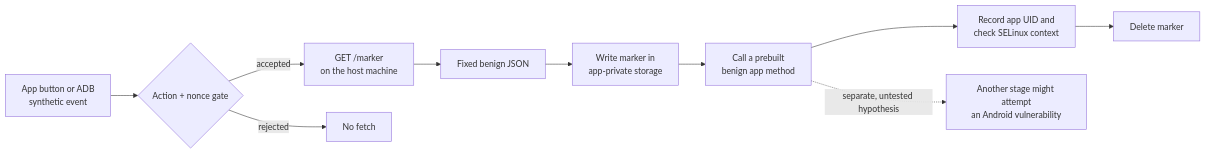
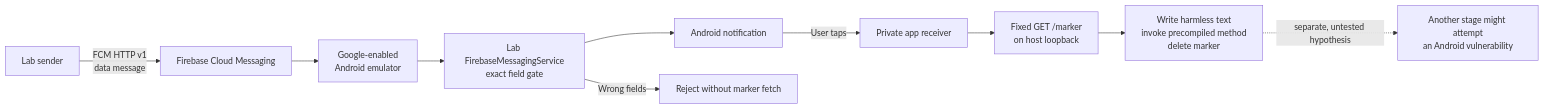
The diagram in README.md (Hamid-K/divar-push-lab), drawn with Mermaid before and after one commit. The commit also changed other lines of this file and 12 other files, not shown here.

Commit message:
Add real FCM cloud push path to synthetic Android lab

````diff
--- a/README.md
+++ b/README.md
@@ -11,12 +13,12 @@
 ```mermaid
 flowchart LR
-    A[App button or ADB<br/>synthetic event] --> B{Action + nonce gate}
-    B -- accepted --> C[GET /marker<br/>on the host machine]
-    B -- rejected --> R[No fetch]
-    C --> D[Fixed benign JSON]
-    D --> E[Write marker in<br/>app-private storage]
-    E --> F[Call a prebuilt<br/>benign app method]
-    F --> G[Record app UID and<br/>check SELinux context]
-    G --> H[Delete marker]
-    F -. separate, untested hypothesis .-> X[Another stage might attempt<br/>an Android vulnerability]
+    S[Lab sender] -->|FCM HTTP v1<br/>data message| F[Firebase Cloud Messaging]
+    F --> G[Google-enabled<br/>Android emulator]
+    G --> A[Lab FirebaseMessagingService<br/>exact field gate]
+    A --> N[Android notification]
+    N -->|User taps| T[Private app receiver]
+    T --> M[Fixed GET /marker<br/>on host loopback]
+    M --> P[Write harmless text<br/>invoke precompiled method<br/>delete marker]
+    A -->|Wrong fields| R[Reject without marker fetch]
+    P -. separate, untested hypothesis .-> X[Another stage might attempt<br/>an Android vulnerability]
 ```
````
